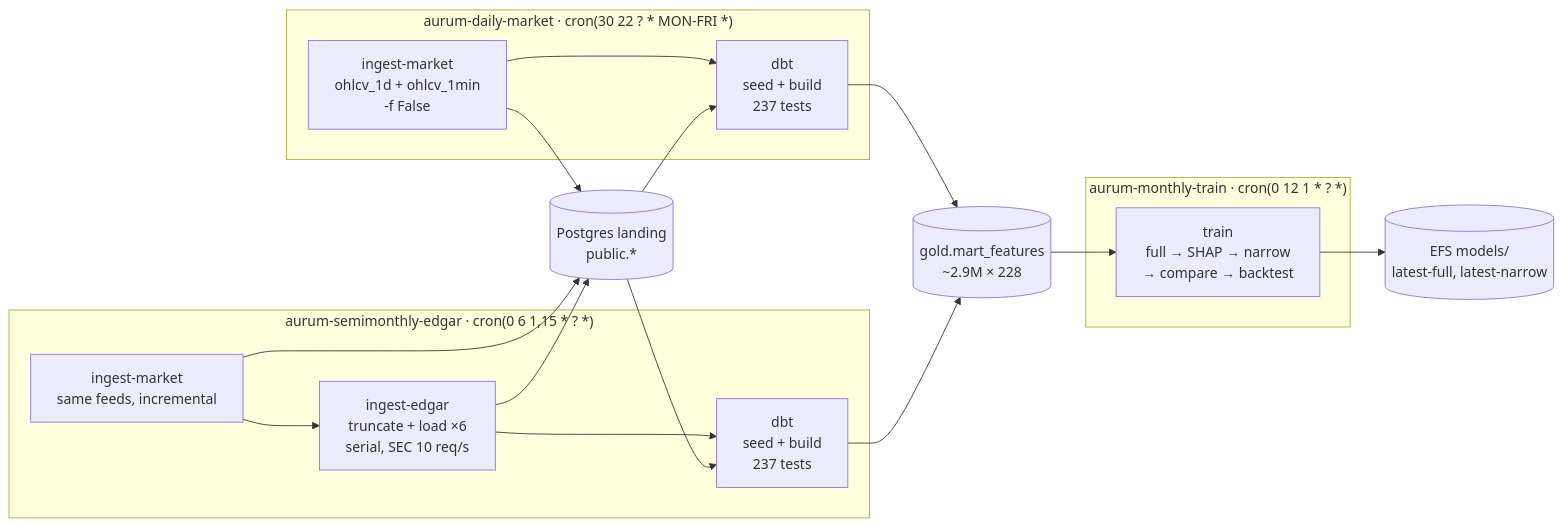
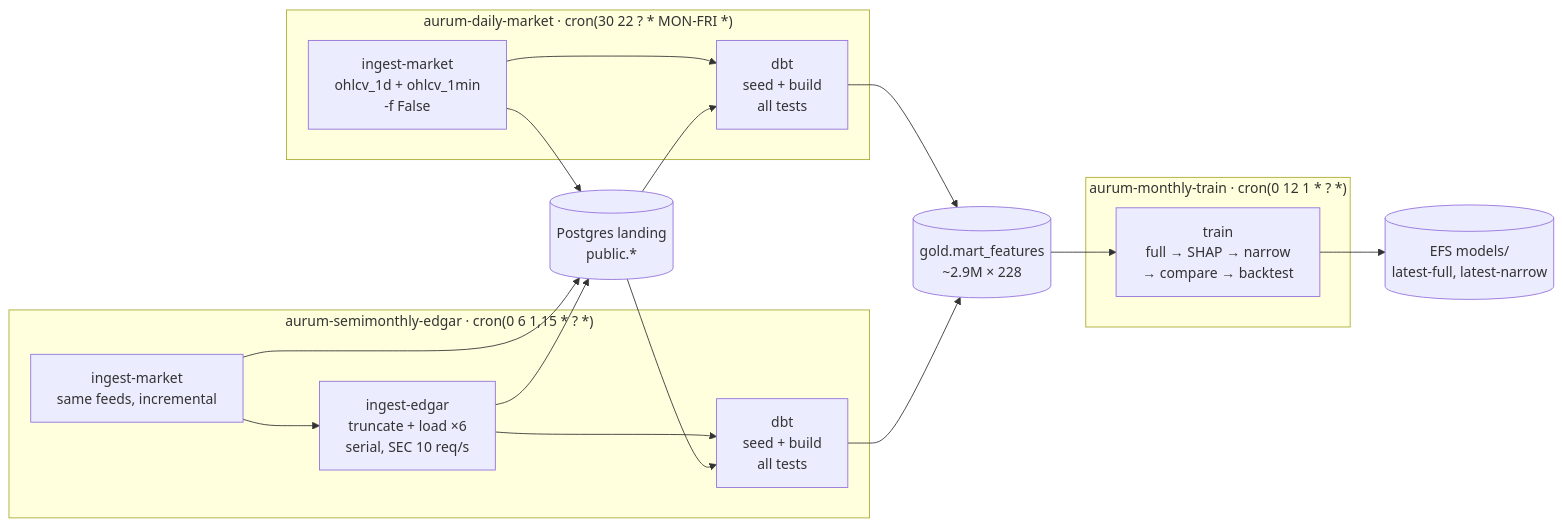
One commit to Analyst-Ninja/aurum changed the first of 2 diagrams in docs/infra/aws-deployment-plan.md. Above: the diagram before and after it, drawn with Mermaid. The commit also changed other lines of this file and 26 other files, not shown here.

````diff
--- a/docs/infra/aws-deployment-plan.md
+++ b/docs/infra/aws-deployment-plan.md
@@ -83,29 +85,29 @@
 ```mermaid
 flowchart LR
   subgraph daily["aurum-daily-market · cron(30 22 ? * MON-FRI *)"]
-    IM["ingest-market<br/>ohlcv_1d + ohlcv_1min<br/>-f False"] --> DBT["dbt<br/>seed + build<br/>237 tests"]
+    IM["ingest-market<br/>ohlcv_1d + ohlcv_1min<br/>-f False"] --> DBT["dbt<br/>seed + build<br/>all tests"]
   end
 
   subgraph semi["aurum-semimonthly-edgar · cron(0 6 1,15 * ? *)"]
     IM2["ingest-market<br/>same feeds, incremental"] --> IE["ingest-edgar<br/>truncate + load ×6<br/>serial, SEC 10 req/s"]
-    IE --> DBT2["dbt<br/>seed + build<br/>237 tests"]
+    IE --> DBT2["dbt<br/>seed + build<br/>all tests"]
   end
 
   subgraph monthly["aurum-monthly-train · cron(0 12 1 * ? *)"]
     TR["train<br/>full → SHAP → narrow<br/>→ compare → backtest"]
   end
 
   LAND[("Postgres landing<br/>public.*")]
   GOLD[("gold.mart_features<br/>~2.9M × 228")]
   REG[("EFS models/<br/>latest-full, latest-narrow")]
 
   IM --> LAND
   IM2 --> LAND
   IE --> LAND
   LAND --> DBT
   LAND --> DBT2
   DBT --> GOLD
   DBT2 --> GOLD
   GOLD --> TR
   TR --> REG
 ```
````
